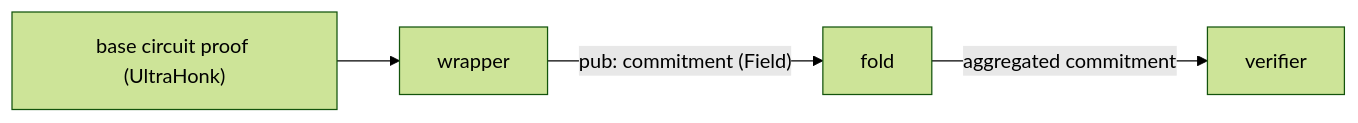
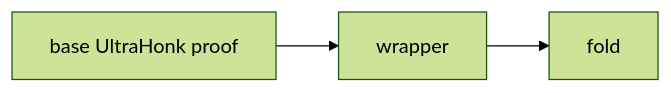
Before and after one commit to gnosisguild/enclave: the diagram in circuits/bin/recursive_aggregation/wrapper/README.md, drawn with Mermaid (forest theme). The commit also changed other lines of this file and 21 other files, not shown here.

````diff
--- a/circuits/bin/recursive_aggregation/wrapper/README.md
+++ b/circuits/bin/recursive_aggregation/wrapper/README.md
@@ -42,6 +34,5 @@
 ```mermaid
 flowchart LR
-    Base["base circuit proof (UltraHonk)"] --> W["wrapper"]
-    W -->|"pub: commitment (Field)"| F["fold"]
-    F -->|"aggregated commitment"| Out["verifier"]
+  Base["base UltraHonk proof"] --> W["wrapper"]
+  W --> Fold["fold"]
 ```
````
